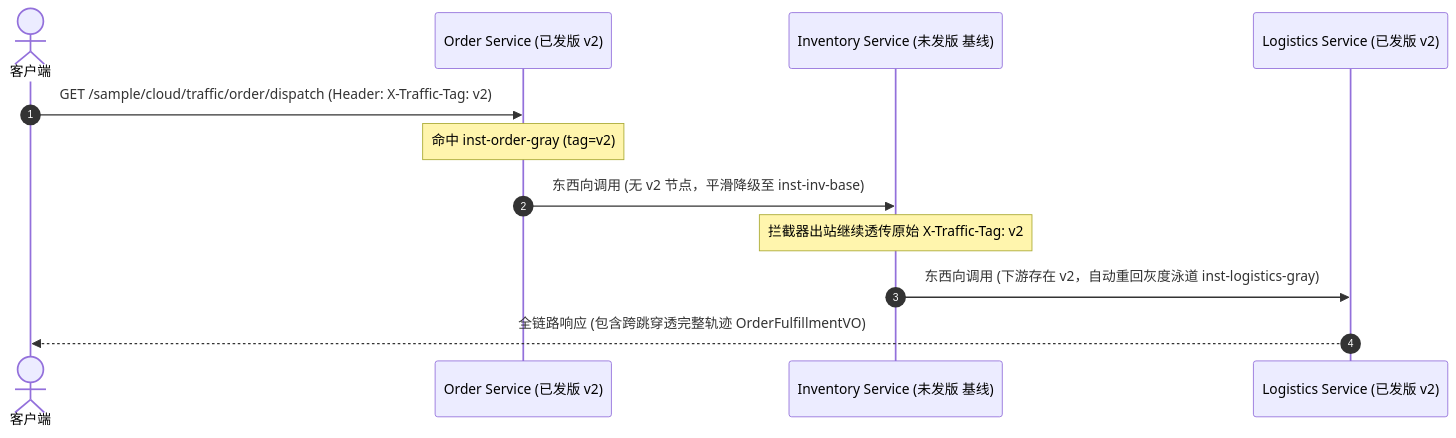
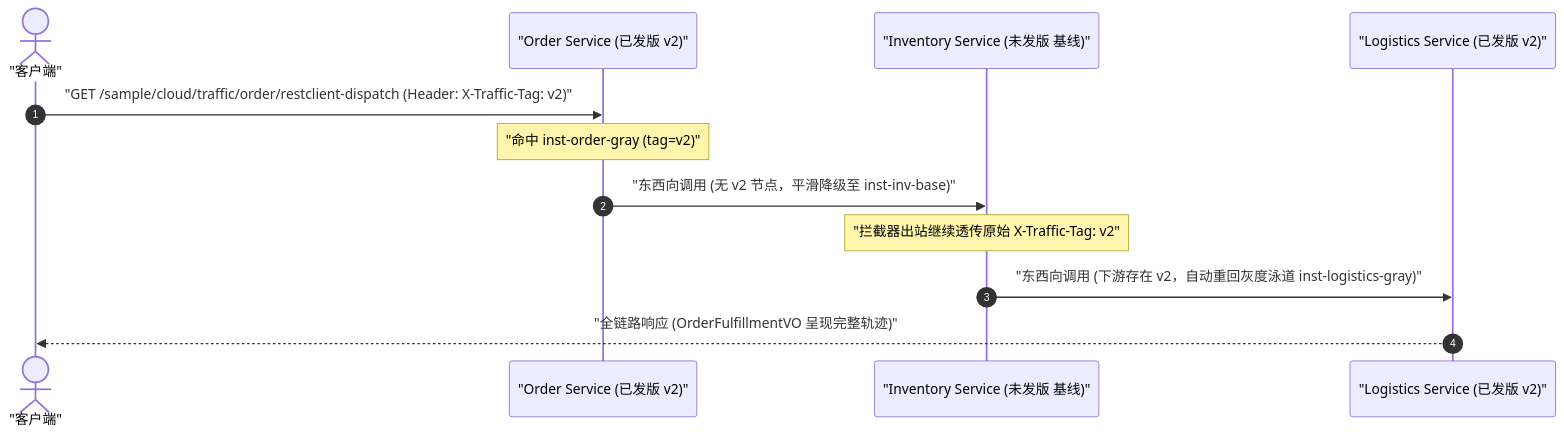
The third of 3 diagrams in ateng-cloud-traffic/README.md (atengk/ateng-cloud), drawn with Mermaid before and after one commit. The commit also changed other lines of this file and 7 other files, not shown here.

First line of the commit message:
docs(traffic): 收口 sample-cloud-traffic-gray 全场景演练并完成五维 README 1:1 逆向提取闭环

````diff
--- a/ateng-cloud-traffic/README.md
+++ b/ateng-cloud-traffic/README.md
@@ -145,15 +154,15 @@
 ```mermaid
 sequenceDiagram
     autonumber
-    actor Client as 客户端
-    participant OS as Order Service (已发版 v2)
-    participant IS as Inventory Service (未发版 基线)
-    participant LS as Logistics Service (已发版 v2)
+    actor Client as "客户端"
+    participant OS as "Order Service (已发版 v2)"
+    participant IS as "Inventory Service (未发版 基线)"
+    participant LS as "Logistics Service (已发版 v2)"
 
-    Client->>OS: GET /sample/cloud/traffic/order/dispatch (Header: X-Traffic-Tag: v2)
-    Note over OS: 命中 inst-order-gray (tag=v2)
-    OS->>IS: 东西向调用 (无 v2 节点，平滑降级至 inst-inv-base)
-    Note over IS: 拦截器出站继续透传原始 X-Traffic-Tag: v2
-    IS->>LS: 东西向调用 (下游存在 v2，自动重回灰度泳道 inst-logistics-gray)
-    LS-->>Client: 全链路响应 (包含跨跳穿透完整轨迹 OrderFulfillmentVO)
+    Client->>OS: "GET /sample/cloud/traffic/order/restclient-dispatch (Header: X-Traffic-Tag: v2)"
+    Note over OS: "命中 inst-order-gray (tag=v2)"
+    OS->>IS: "东西向调用 (无 v2 节点，平滑降级至 inst-inv-base)"
+    Note over IS: "拦截器出站继续透传原始 X-Traffic-Tag: v2"
+    IS->>LS: "东西向调用 (下游存在 v2，自动重回灰度泳道 inst-logistics-gray)"
+    LS-->>Client: "全链路响应 (OrderFulfillmentVO 呈现完整轨迹)"
 ```
````
